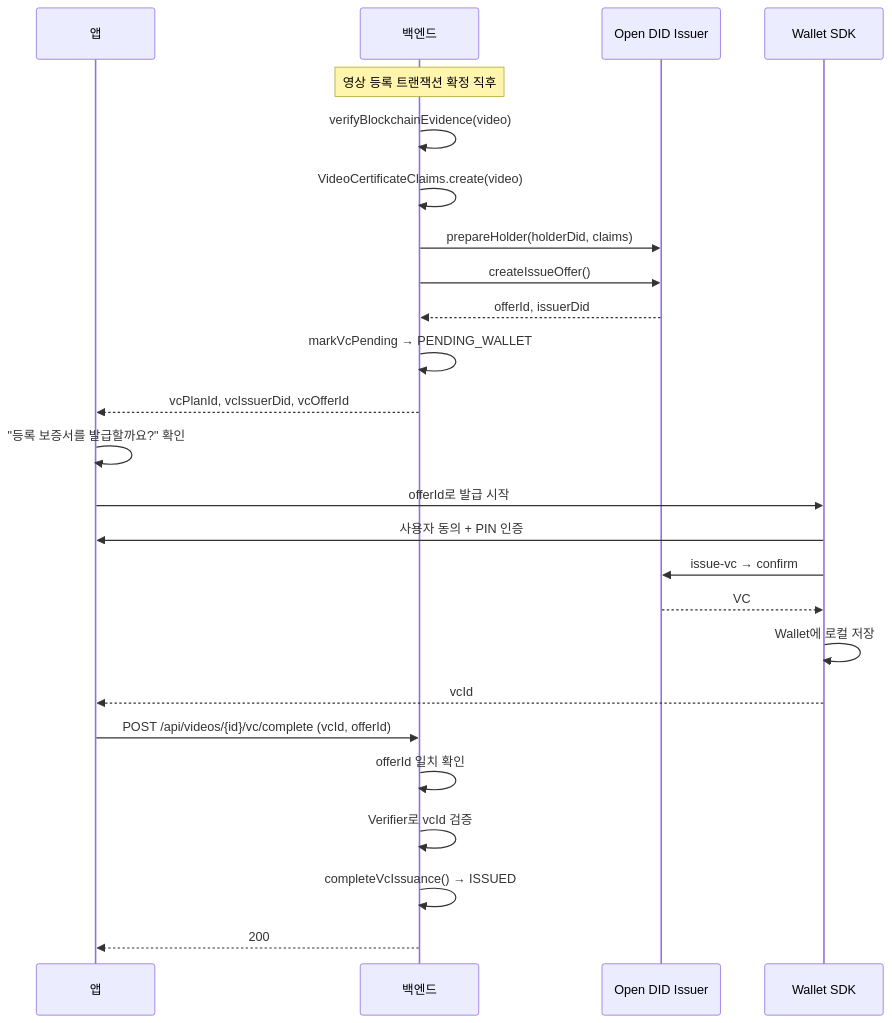
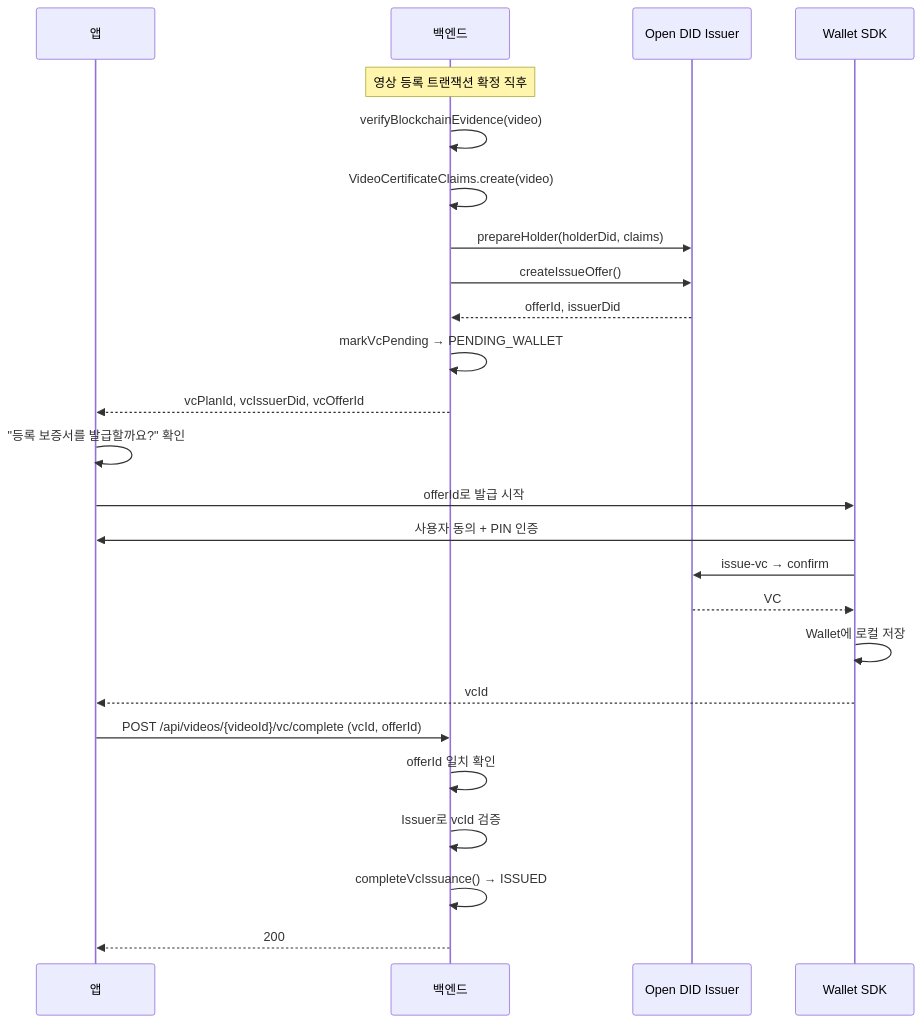
The diagram in dev-center/docs/developers/flows/vc-issuance.md (2026-hackathon-Jinbon/jinbon-docs), drawn with Mermaid before and after one commit. The commit also changed other lines of this file and 19 other files, not shown here.

````diff
--- a/dev-center/docs/developers/flows/vc-issuance.md
+++ b/dev-center/docs/developers/flows/vc-issuance.md
@@ -38,30 +38,30 @@
 ```mermaid
 sequenceDiagram
   participant A as 앱
   participant B as 백엔드
   participant IS as Open DID Issuer
   participant W as Wallet SDK
 
   Note over B: 영상 등록 트랜잭션 확정 직후
   B->>B: verifyBlockchainEvidence(video)
   B->>B: VideoCertificateClaims.create(video)
   B->>IS: prepareHolder(holderDid, claims)
   B->>IS: createIssueOffer()
   IS-->>B: offerId, issuerDid
   B->>B: markVcPending → PENDING_WALLET
   B-->>A: vcPlanId, vcIssuerDid, vcOfferId
 
   A->>A: "등록 보증서를 발급할까요?" 확인
   A->>W: offerId로 발급 시작
   W->>A: 사용자 동의 + PIN 인증
   W->>IS: issue-vc → confirm
   IS-->>W: VC
   W->>W: Wallet에 로컬 저장
   W-->>A: vcId
 
-  A->>B: POST /api/videos/{id}/vc/complete (vcId, offerId)
+  A->>B: POST /api/videos/{videoId}/vc/complete (vcId, offerId)
   B->>B: offerId 일치 확인
-  B->>B: Verifier로 vcId 검증
+  B->>B: Issuer로 vcId 검증
   B->>B: completeVcIssuance() → ISSUED
   B-->>A: 200
 ```
````
